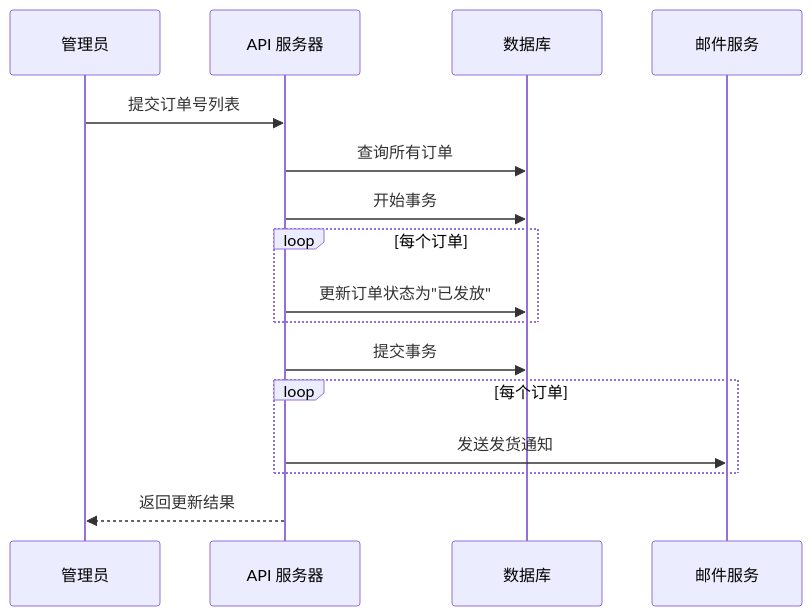
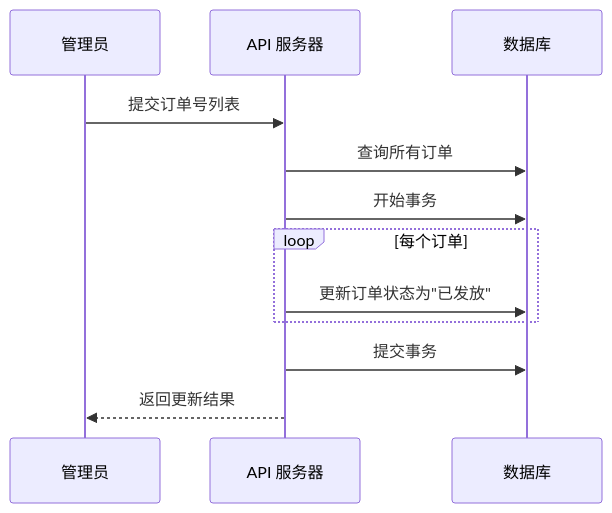
One commit to Holiver/ai-dlc-8 changed the ninth of 9 diagrams in .kiro/specs/awsome-shop/design.md. Above: the diagram before and after it, drawn with Mermaid. The commit also changed other lines of this file and 7 other files, not shown here.

````diff
--- a/.kiro/specs/awsome-shop/design.md
+++ b/.kiro/specs/awsome-shop/design.md
@@ -673,19 +634,15 @@
 ```mermaid
 sequenceDiagram
     participant Admin as 管理员
     participant API as API 服务器
     participant DB as 数据库
-    participant Email as 邮件服务
     
     Admin->>API: 提交订单号列表
     API->>DB: 查询所有订单
     API->>DB: 开始事务
     loop 每个订单
         API->>DB: 更新订单状态为"已发放"
     end
     API->>DB: 提交事务
-    loop 每个订单
-        API->>Email: 发送发货通知
-    end
     API-->>Admin: 返回更新结果
 ```
````
